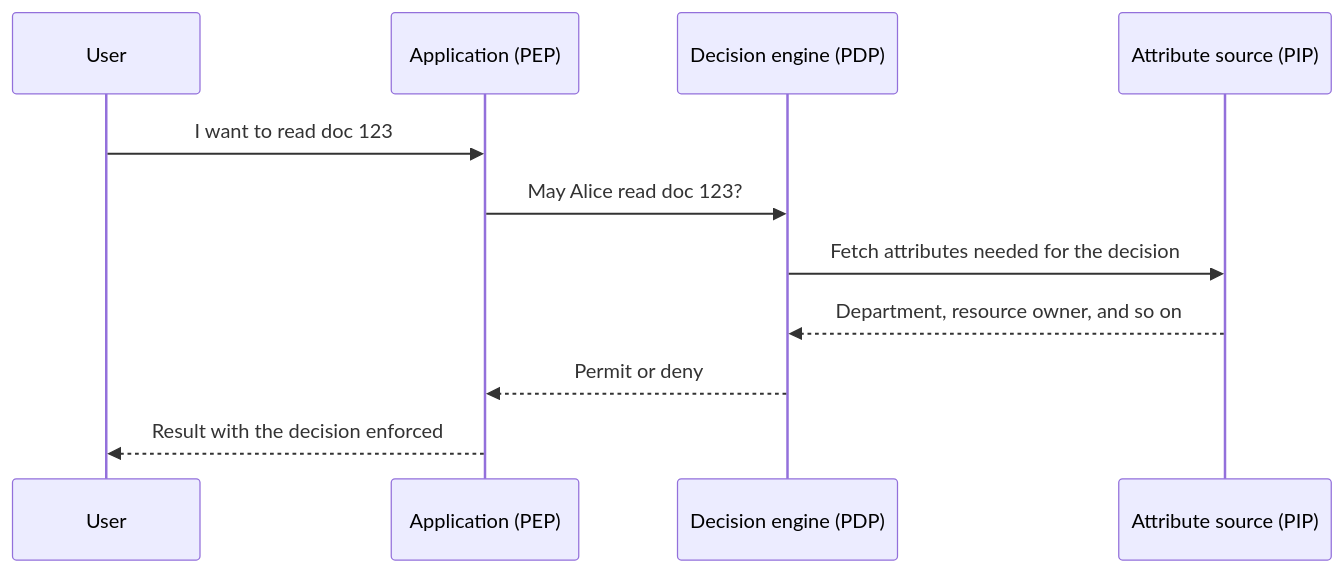
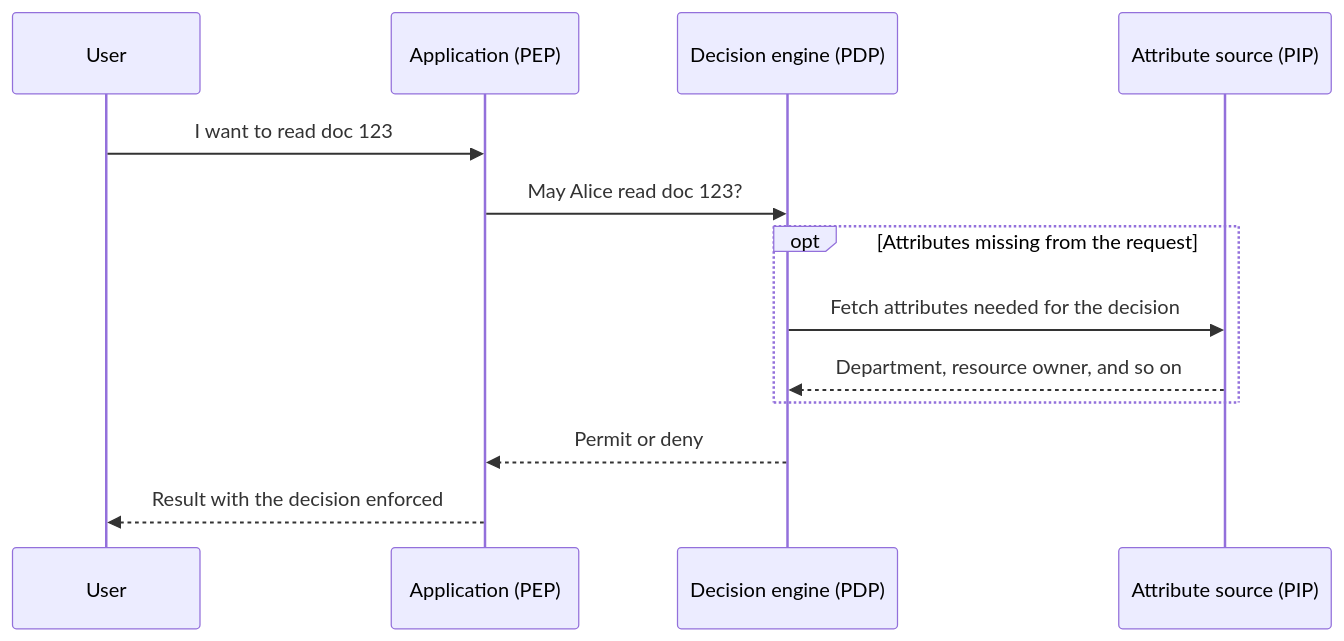
The fourth of 4 diagrams in content/en/posts/authorization-platform-scope-stages.md (bmf-san/bmf-tech), drawn with Mermaid before and after one commit. The commit also changed other lines of this file and 1 other file, not shown here.

First line of the commit message:
fix: 認可基盤の範囲の記事のまとめ・表・図を本文の限定に合わせる

````diff
--- a/content/en/posts/authorization-platform-scope-stages.md
+++ b/content/en/posts/authorization-platform-scope-stages.md
@@ -229,13 +229,15 @@
 ```mermaid
 sequenceDiagram
   participant U as User
   participant PEP as Application (PEP)
   participant PDP as Decision engine (PDP)
   participant PIP as Attribute source (PIP)
   U->>PEP: I want to read doc 123
   PEP->>PDP: May Alice read doc 123?
-  PDP->>PIP: Fetch attributes needed for the decision
-  PIP-->>PDP: Department, resource owner, and so on
+  opt Attributes missing from the request
+    PDP->>PIP: Fetch attributes needed for the decision
+    PIP-->>PDP: Department, resource owner, and so on
+  end
   PDP-->>PEP: Permit or deny
   PEP-->>U: Result with the decision enforced
 ```
````
